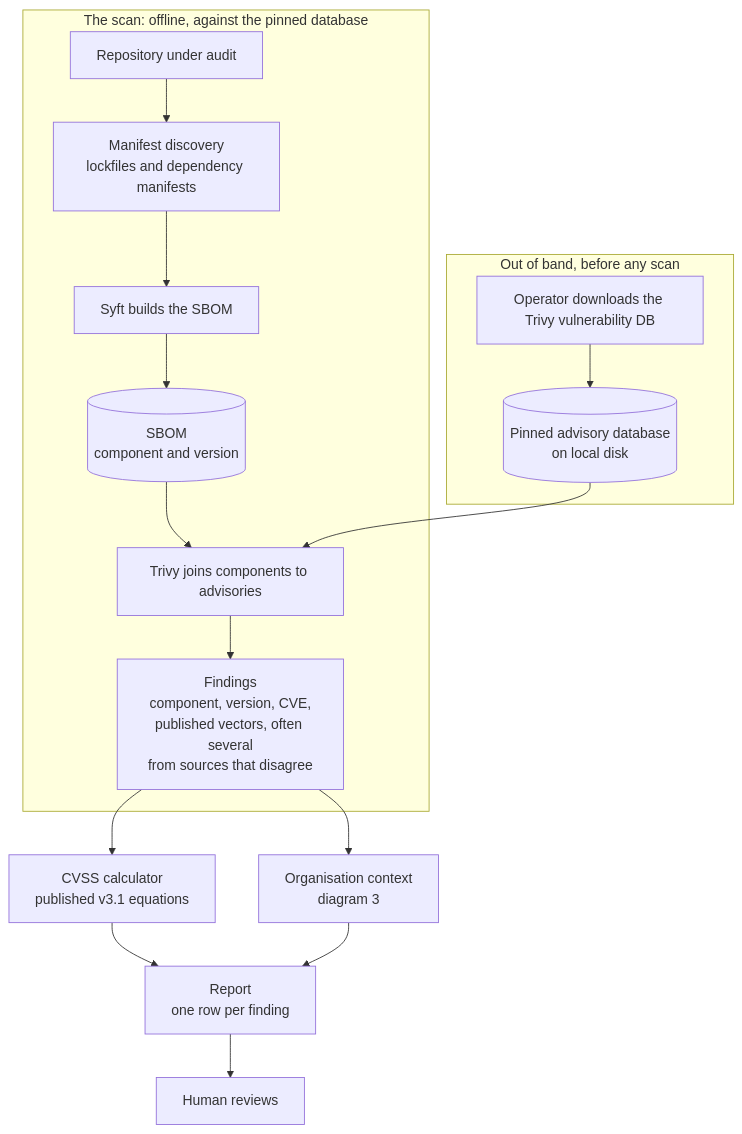
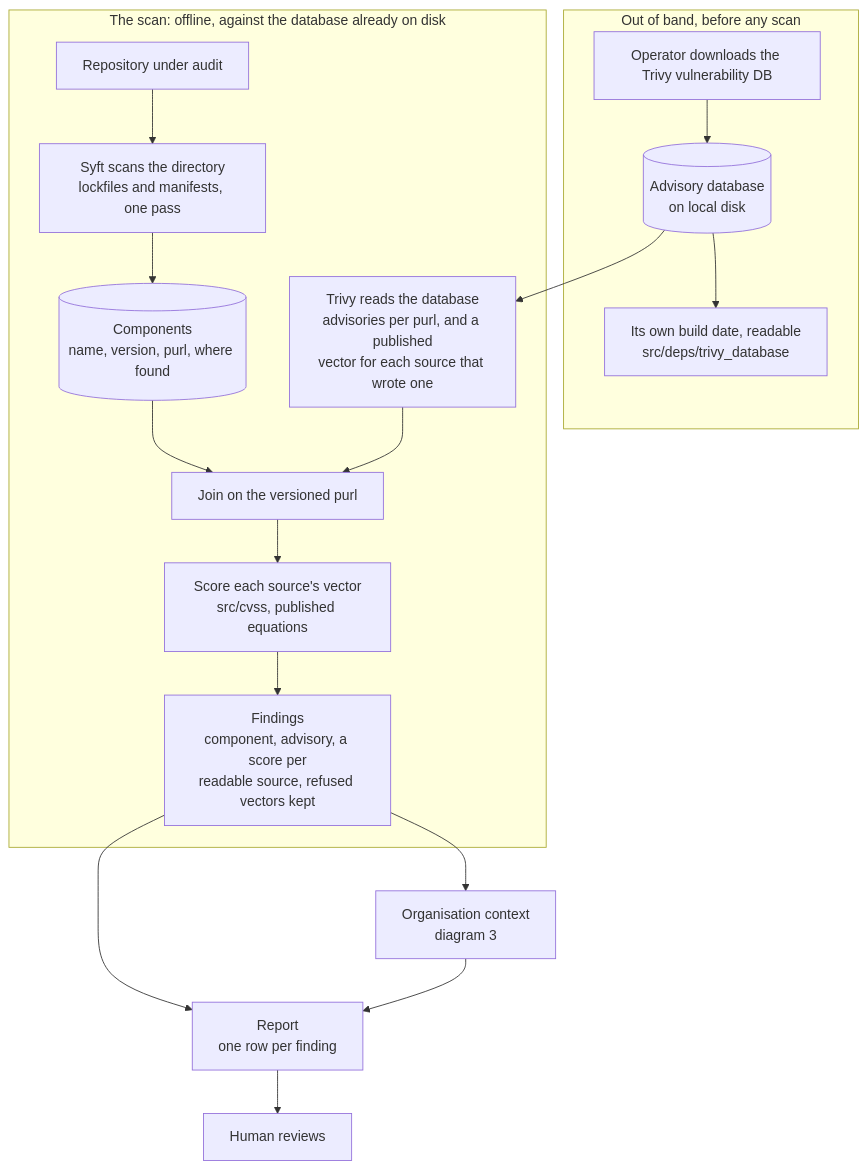
Before and after one commit to heinthtnaung/AgenticLLMAppAuditor: the first of 5 diagrams in docs/diagrams.md, drawn with Mermaid. The commit also changed other lines of this file and 14 other files, not shown here.

````diff
--- a/docs/diagrams.md
+++ b/docs/diagrams.md
@@ -31,22 +36,24 @@
 ```mermaid
 flowchart TD
     subgraph OOB["Out of band, before any scan"]
-        fetch["Operator downloads the Trivy vulnerability DB"] --> adb[("Pinned advisory database<br/>on local disk")]
+        fetch["Operator downloads the Trivy vulnerability DB"] --> adb[("Advisory database<br/>on local disk")]
+        adb --> age["Its own build date, readable<br/>src/deps/trivy_database"]
     end
 
-    subgraph SCAN["The scan: offline, against the pinned database"]
-        repo["Repository under audit"] --> disc["Manifest discovery<br/>lockfiles and dependency manifests"]
-        disc --> syft["Syft builds the SBOM"]
-        syft --> sbom[("SBOM<br/>component and version")]
-        sbom --> join["Trivy joins components to advisories"]
-        join --> fin["Findings<br/>component, version, CVE,<br/>published vectors, often several<br/>from sources that disagree"]
+    subgraph SCAN["The scan: offline, against the database already on disk"]
+        repo["Repository under audit"] --> syft["Syft scans the directory<br/>lockfiles and manifests, one pass"]
+        syft --> comp[("Components<br/>name, version, purl, where found")]
+        trivy["Trivy reads the database<br/>advisories per purl, and a published<br/>vector for each source that wrote one"]
+        comp --> join["Join on the versioned purl"]
+        trivy --> join
+        join --> asm["Score each source's vector<br/>src/cvss, published equations"]
+        asm --> fin["Findings<br/>component, advisory, a score per<br/>readable source, refused vectors kept"]
     end
 
-    adb --> join
+    adb --> trivy
 
-    fin --> calc["CVSS calculator<br/>published v3.1 equations"]
     fin --> ctx["Organisation context<br/>diagram 3"]
-    calc --> rep["Report<br/>one row per finding"]
+    fin --> rep["Report<br/>one row per finding"]
     ctx --> rep
     rep --> hum["Human reviews"]
 ```
````
